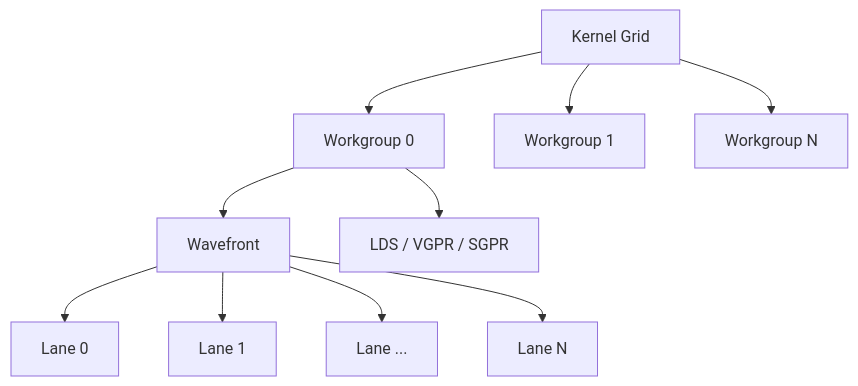
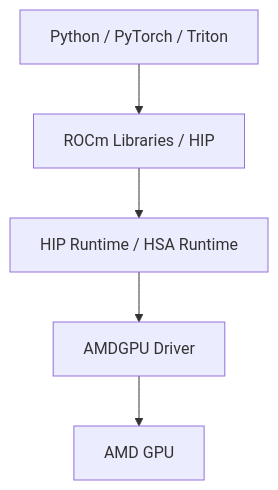
One commit to Weihong-Liu/hello-ai-infra changed the second of 4 diagrams in docs/part1-hardware-rocm/chapter2/index.md. Above: the diagram before and after it, drawn with Mermaid. The commit also changed other lines of this file and 231 other files, not shown here.

First line of the commit message:
docs: renumber chapters and add figure references

````diff
--- a/docs/part1-hardware-rocm/chapter2/index.md
+++ b/docs/part1-hardware-rocm/chapter2/index.md
@@ -82,12 +81,7 @@
 ```mermaid
 flowchart TD
-    A[Kernel Grid] --> B[Workgroup 0]
-    A --> C[Workgroup 1]
-    A --> D[Workgroup N]
-    B --> E[Wavefront]
-    E --> F[Lane 0]
-    E --> G[Lane 1]
-    E --> H[Lane ...]
-    E --> I[Lane N]
-    B --> J[LDS / VGPR / SGPR]
+    A[Python / PyTorch / Triton] --> B[ROCm Libraries / HIP]
+    B --> C[HIP Runtime / HSA Runtime]
+    C --> D[AMDGPU Driver]
+    D --> E[AMD GPU]
 ```
````
